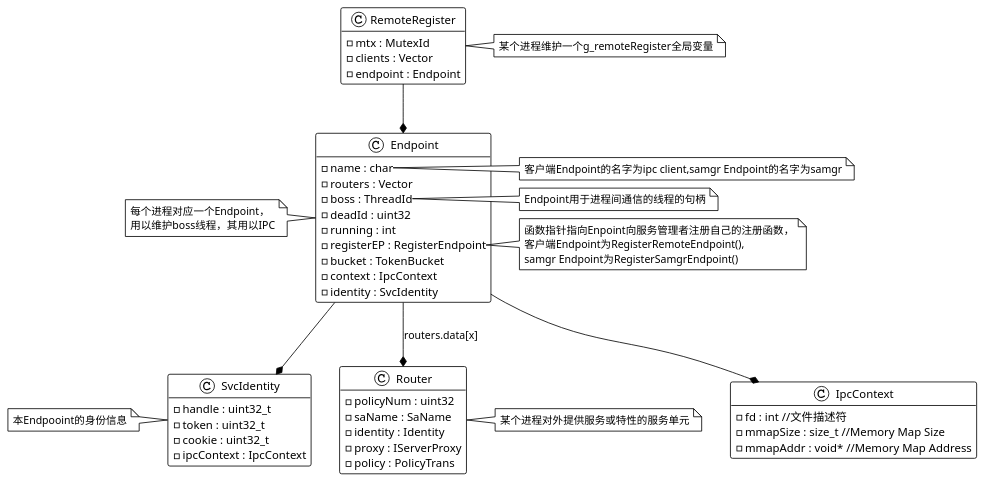
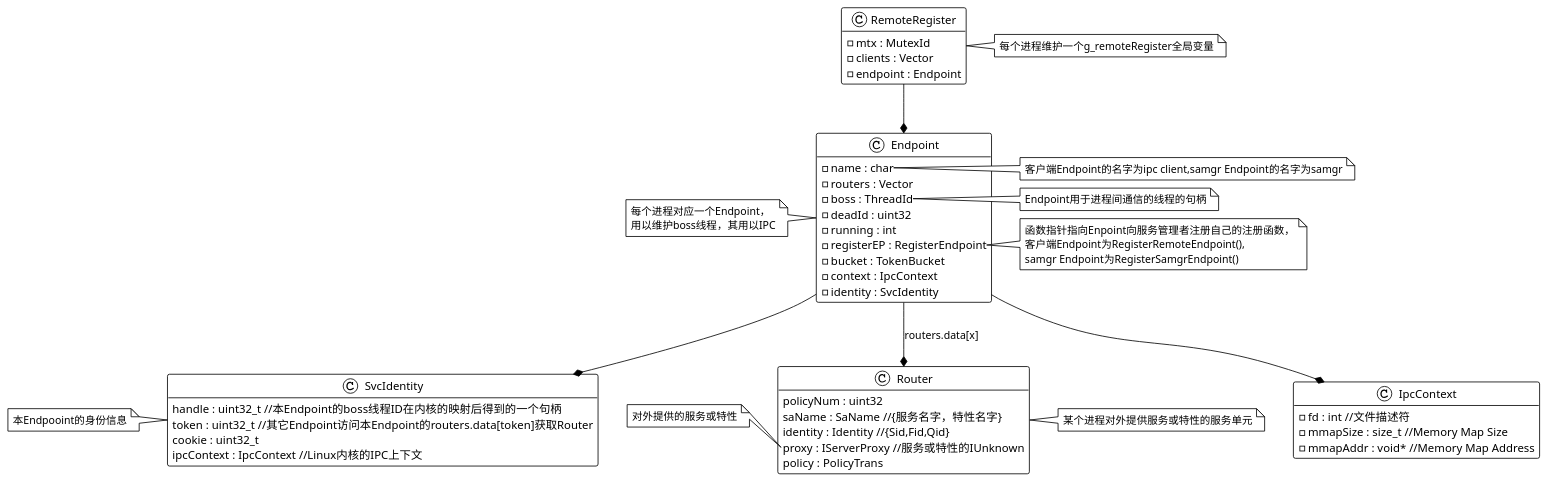
Diagram 25 of 32 in note.md (MatthewKe/openHarmonyNote), drawn with PlantUML before and after one commit. The commit also changed other lines of this file and 1 other file, not shown here.

````diff
--- a/note.md
+++ b/note.md
@@ -989,80 +989,84 @@
 ```plantuml
 !theme plain
 hide empty members
 
 class RemoteRegister {
     - mtx : MutexId
     - clients : Vector
     - endpoint : Endpoint
 }
 
 class Endpoint {
     - name : char
     - routers : Vector
     - boss : ThreadId
     - deadId : uint32
     - running : int
     - registerEP : RegisterEndpoint
     - bucket : TokenBucket
     - context : IpcContext
     - identity : SvcIdentity
 }
 
 class SvcIdentity {
-    - handle : uint32_t
-    - token : uint32_t
-    - cookie : uint32_t
-    - ipcContext : IpcContext
+    handle : uint32_t //本Endpoint的boss线程ID在内核的映射后得到的一个句柄
+    token : uint32_t //其它Endpoint访问本Endpoint的routers.data[token]获取Router
+    cookie : uint32_t
+    ipcContext : IpcContext //Linux内核的IPC上下文
 }
 
 class Router {
-    - policyNum : uint32
-    - saName : SaName
-    - identity : Identity
-    - proxy : IServerProxy
-    - policy : PolicyTrans
+    policyNum : uint32 
+    saName : SaName //{服务名字，特性名字}
+    identity : Identity //{Sid,Fid,Qid}
+    proxy : IServerProxy //服务或特性的IUnknown
+    policy : PolicyTrans
 }
 
 class IpcContext{
     - fd : int //文件描述符
     - mmapSize : size_t //Memory Map Size
     - mmapAddr : void* //Memory Map Address
 }
 
 RemoteRegister --* Endpoint
 Endpoint --*  SvcIdentity
 Endpoint --*  IpcContext
 Endpoint --*  Router : routers.data[x]
 
 note left of SvcIdentity
 本Endpooint的身份信息
 end note
 note left of Endpoint
 每个进程对应一个Endpoint，
 用以维护boss线程，其用以IPC
 end note
 note right of Router
 某个进程对外提供服务或特性的服务单元
 end note
 note right of RemoteRegister
-某个进程维护一个g_remoteRegister全局变量
+每个进程维护一个g_remoteRegister全局变量
+end note
+
+note left of Router::proxy
+对外提供的服务或特性
 end note
 
 note right of Endpoint::name
 客户端Endpoint的名字为ipc client,samgr Endpoint的名字为samgr
 end note
 
 note right of Endpoint::boss 
 Endpoint用于进程间通信的线程的句柄
 end note
 
 note right of Endpoint::RegisterEndpoint
 函数指针指向Enpoint向服务管理者注册自己的注册函数，
 客户端Endpoint为RegisterRemoteEndpoint(),
 samgr Endpoint为RegisterSamgrEndpoint()
 end note
 
 
 
 
 ```
````
